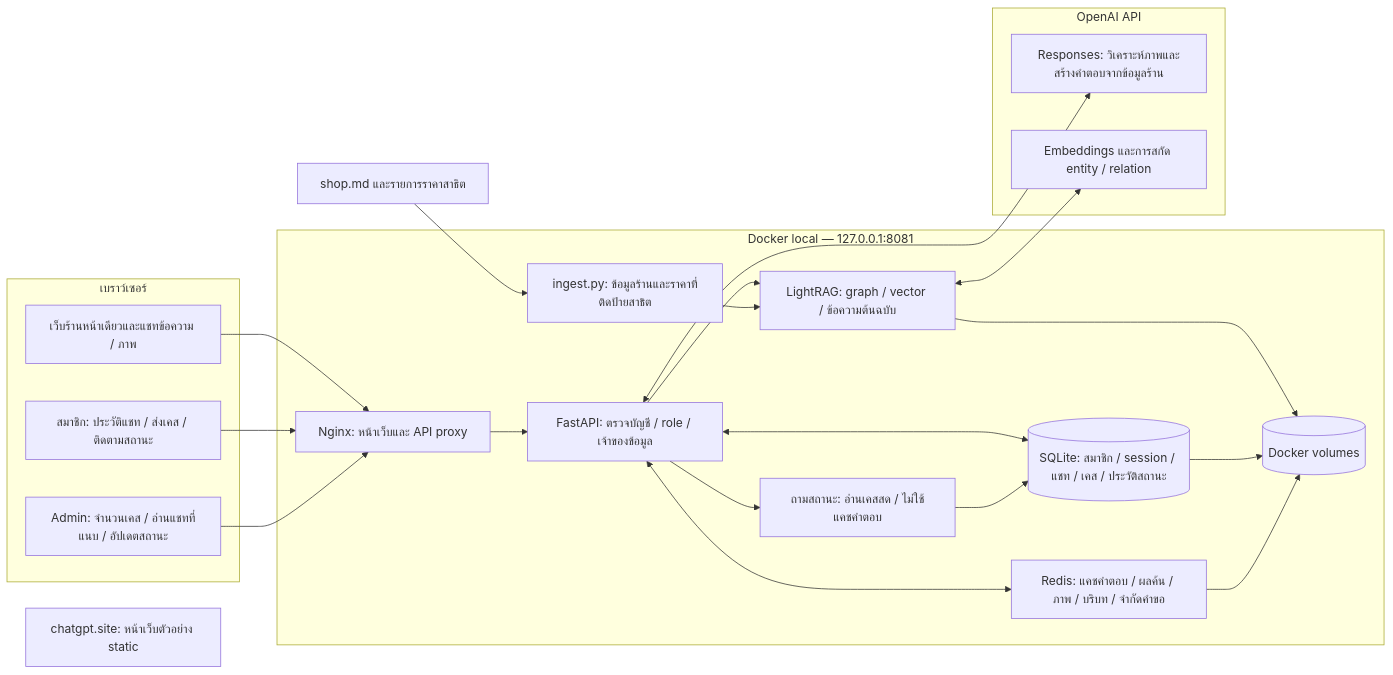
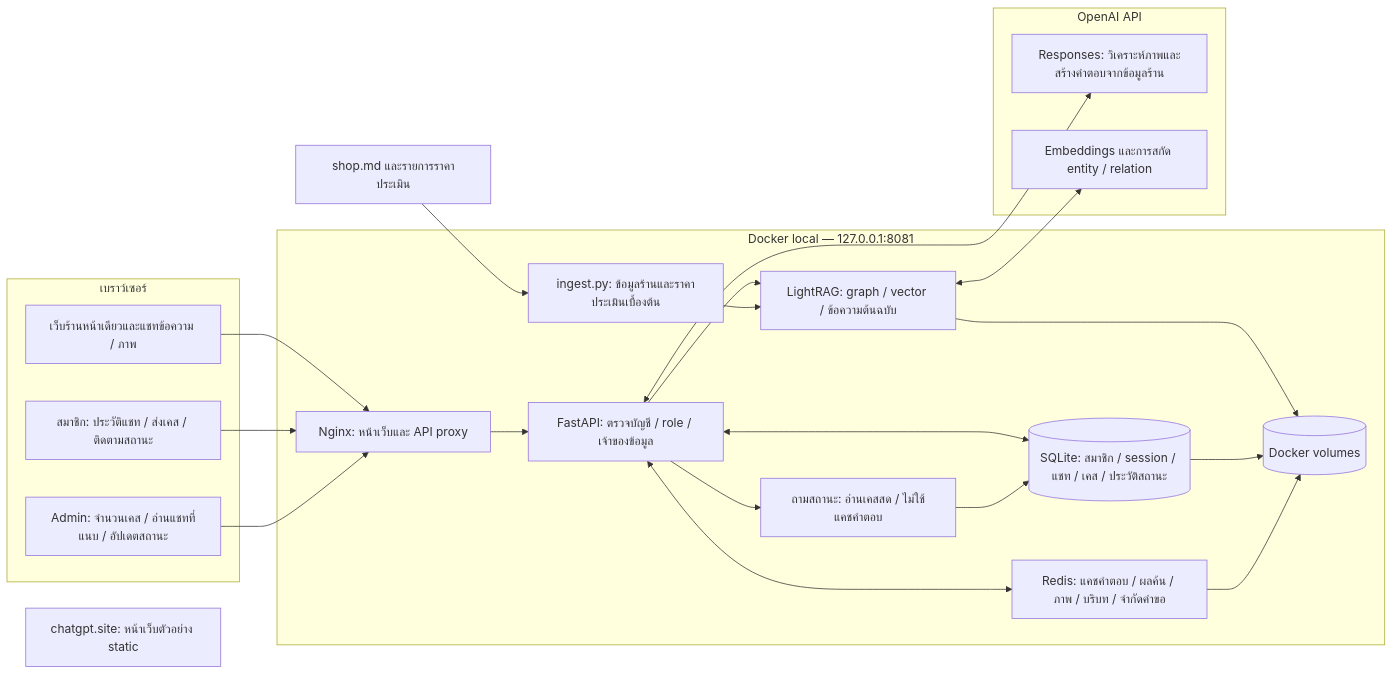
The diagram in qa/diagrams/architecture.md (Qwmxjk0/plimo-iphone-repair-chatbot), drawn with Mermaid before and after one commit. The commit also changed other lines of this file and 20 other files, not shown here.

````diff
--- a/qa/diagrams/architecture.md
+++ b/qa/diagrams/architecture.md
@@ -7,38 +7,38 @@
 ```mermaid
 flowchart LR
     subgraph Browser[เบราว์เซอร์]
       Shop[เว็บร้านหน้าเดียวและแชทข้อความ / ภาพ]
       User[สมาชิก: ประวัติแชท / ส่งเคส / ติดตามสถานะ]
       Admin[Admin: จำนวนเคส / อ่านแชทที่แนบ / อัปเดตสถานะ]
     end
     subgraph Docker[Docker local — 127.0.0.1:8081]
       Web[Nginx: หน้าเว็บและ API proxy]
       API[FastAPI: ตรวจบัญชี / role / เจ้าของข้อมูล]
       Redis[Redis: แคชคำตอบ / ผลค้น / ภาพ / บริบท / จำกัดคำขอ]
       RAG[LightRAG: graph / vector / ข้อความต้นฉบับ]
       DB[(SQLite: สมาชิก / session / แชท / เคส / ประวัติสถานะ)]
-      Ingest[ingest.py: ข้อมูลร้านและราคาที่ติดป้ายสาธิต]
+      Ingest[ingest.py: ข้อมูลร้านและราคาประเมินเบื้องต้น]
       Storage[(Docker volumes)]
       Web --> API
       API <--> Redis
       API <--> DB
       API --> RAG
       API --> CaseChat[ถามสถานะ: อ่านเคสสด / ไม่ใช้แคชคำตอบ]
       CaseChat --> DB
       Ingest --> RAG
       RAG --> Storage
       DB --> Storage
       Redis --> Storage
     end
     subgraph OpenAI[OpenAI API]
       GPT[Responses: วิเคราะห์ภาพและสร้างคำตอบจากข้อมูลร้าน]
       Index[Embeddings และการสกัด entity / relation]
     end
     Shop --> Web
     User --> Web
     Admin --> Web
     API <--> GPT
     RAG <--> Index
-    Facts[shop.md และรายการราคาสาธิต] --> Ingest
+    Facts[shop.md และรายการราคาประเมิน] --> Ingest
     Site[chatgpt.site: หน้าเว็บตัวอย่าง static]
 ```
````
